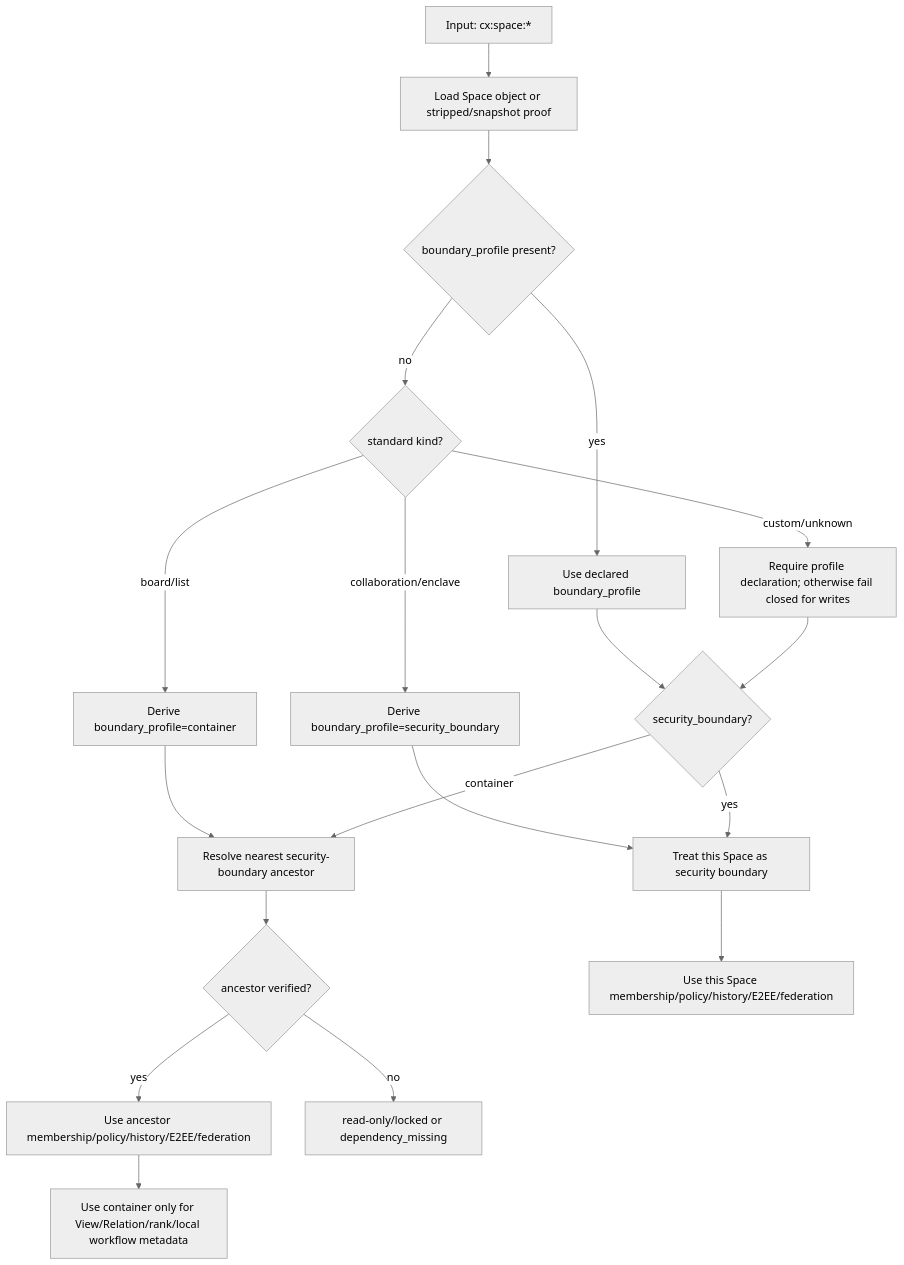
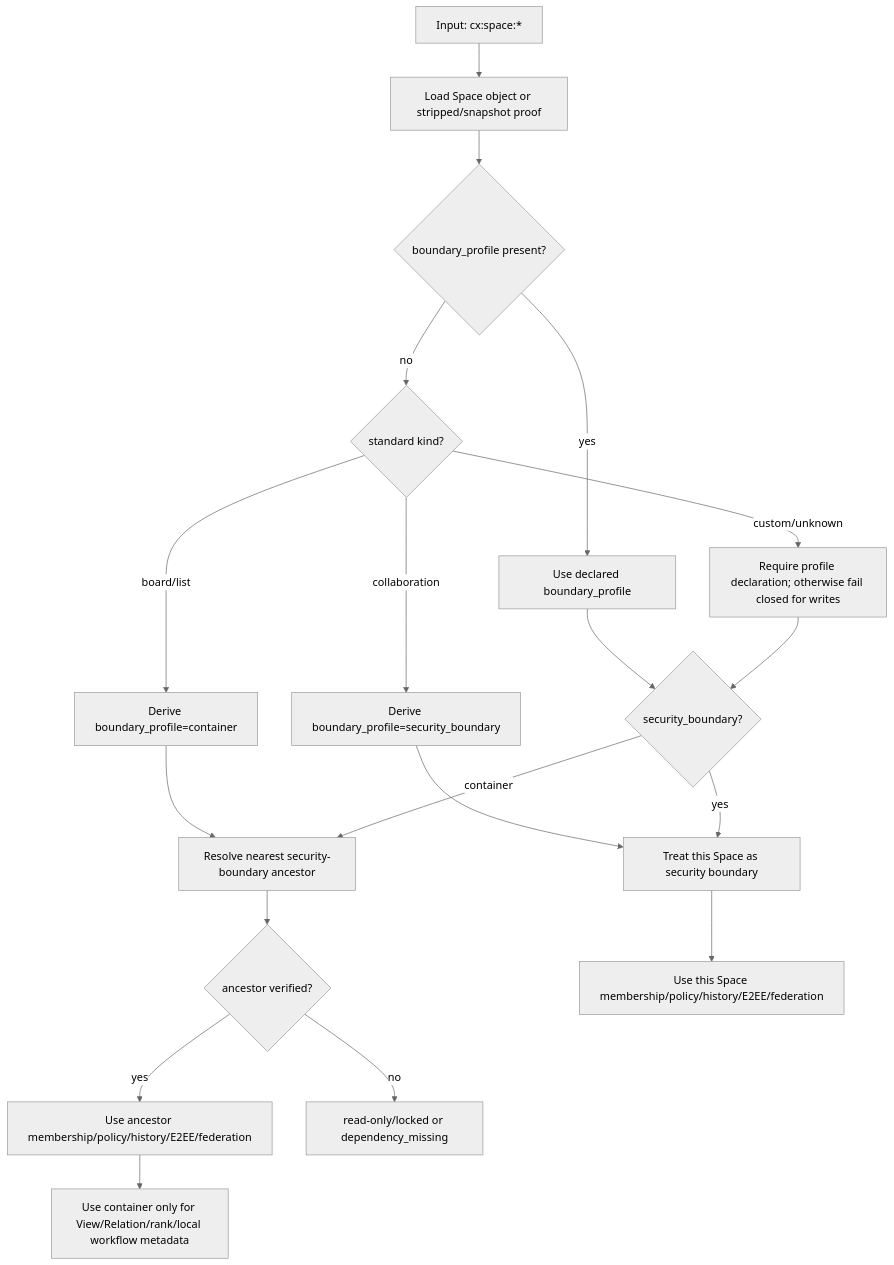
One commit to arkret-org/arkret-spec changed the diagram in zh/models/data-structures.md. Above: the diagram before and after it, drawn with Mermaid (neutral theme). The commit also changed other lines of this file and 6 other files, not shown here.

````diff
--- a/zh/models/data-structures.md
+++ b/zh/models/data-structures.md
@@ -118,21 +118,21 @@
 ```mermaid
 flowchart TD
     A["Input: cx:space:*"] --> B["Load Space object or stripped/snapshot proof"]
     B --> C{"boundary_profile present?"}
     C -->|yes| D["Use declared boundary_profile"]
     C -->|no| E{"standard kind?"}
     E -->|"board/list"| F["Derive boundary_profile=container"]
-    E -->|"collaboration/enclave"| G["Derive boundary_profile=security_boundary"]
+    E -->|"collaboration"| G["Derive boundary_profile=security_boundary"]
     E -->|"custom/unknown"| H["Require profile declaration; otherwise fail closed for writes"]
     D --> I{"security_boundary?"}
     F --> J["Resolve nearest security-boundary ancestor"]
     G --> K["Treat this Space as security boundary"]
     H --> I
     I -->|yes| K
     I -->|container| J
     J --> L{"ancestor verified?"}
     L -->|yes| M["Use ancestor membership/policy/history/E2EE/federation"]
     L -->|no| N["read-only/locked or dependency_missing"]
     K --> O["Use this Space membership/policy/history/E2EE/federation"]
     M --> P["Use container only for View/Relation/rank/local workflow metadata"]
 ```
````
